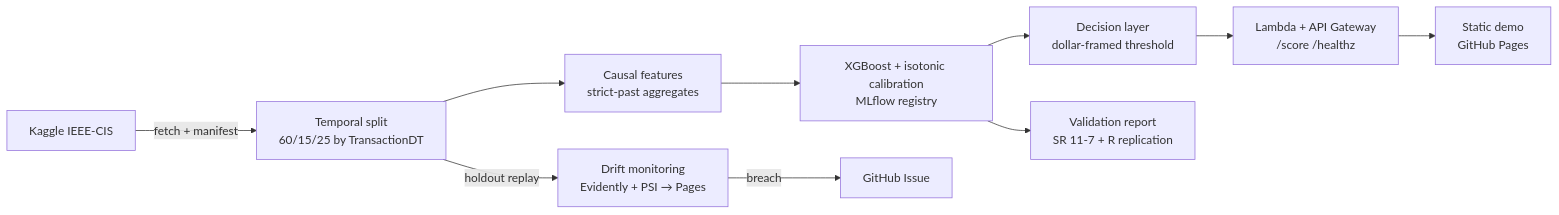
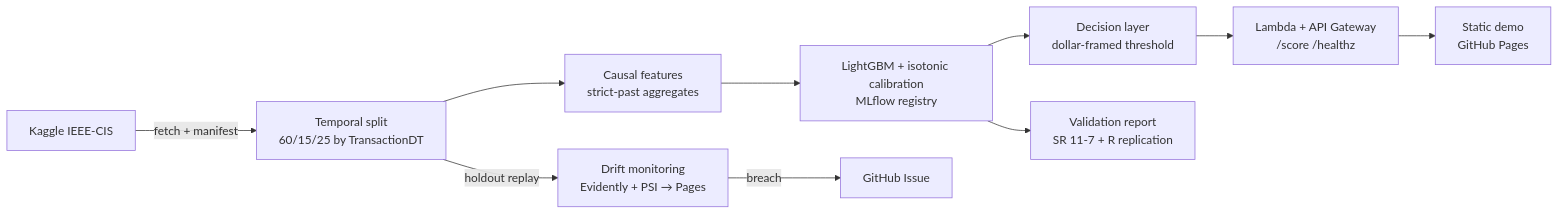
One commit to yugveerj/fraud-detection-model changed the diagram in README.md. Above: the diagram before and after it, drawn with Mermaid. The commit also changed other lines of this file and 5 other files, not shown here.

First line of the commit message:
docs(validation): SR 26-2 passages, LightGBM numbers, calibration challenger (G3/G4)

````diff
--- a/README.md
+++ b/README.md
@@ -31,12 +31,12 @@
 ```mermaid
 flowchart LR
   K[Kaggle IEEE-CIS] -->|fetch + manifest| D[Temporal split<br/>60/15/25 by TransactionDT]
   D --> F[Causal features<br/>strict-past aggregates]
-  F --> M[XGBoost + isotonic calibration<br/>MLflow registry]
+  F --> M[LightGBM + isotonic calibration<br/>MLflow registry]
   M --> C[Decision layer<br/>dollar-framed threshold]
   C --> S[Lambda + API Gateway<br/>/score /healthz]
   S --> W[Static demo<br/>GitHub Pages]
   M --> V[Validation report<br/>SR 11-7 + R replication]
   D -->|holdout replay| MON[Drift monitoring<br/>Evidently + PSI → Pages]
   MON -->|breach| ISS[GitHub Issue]
 ```
````
